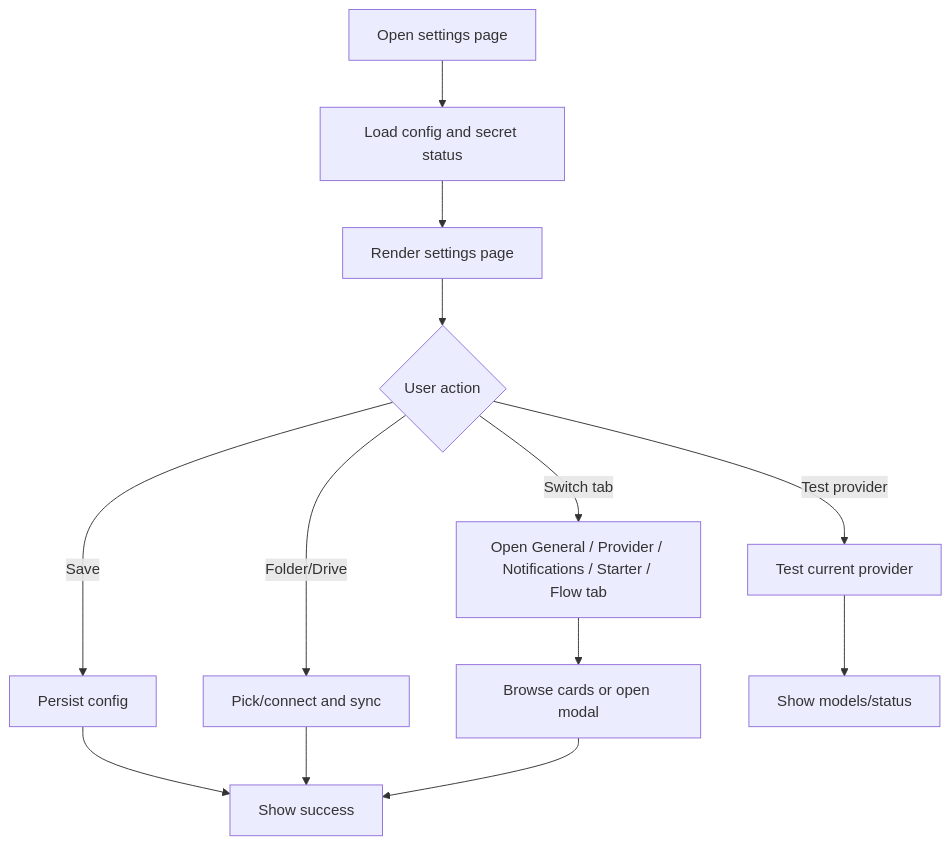
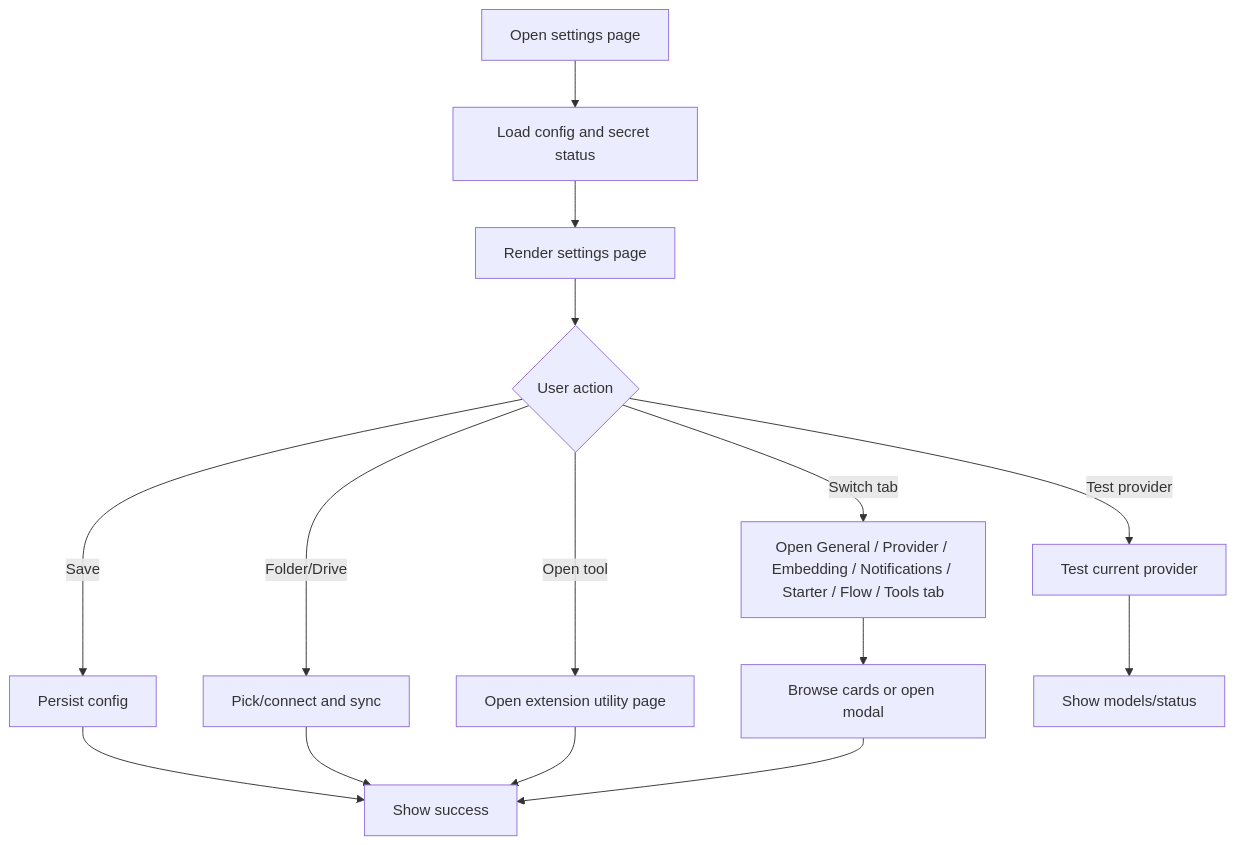
Before and after one commit to wilsondenq879/Open_Copilot: the diagram in spec/settings-and-provider-config.md, drawn with Mermaid. The commit also changed other lines of this file and 6 other files, not shown here.

````diff
--- a/spec/settings-and-provider-config.md
+++ b/spec/settings-and-provider-config.md
@@ -367,15 +445,17 @@
 ```mermaid
 flowchart TD
   A[Open settings page] --> B[Load config and secret status]
   B --> C[Render settings page]
   C --> D{User action}
   D -- Save --> E[Persist config]
   D -- Test provider --> F[Test current provider]
-  D -- Switch tab --> G[Open General / Provider / Notifications / Starter / Flow tab]
+  D -- Switch tab --> G[Open General / Provider / Embedding / Notifications / Starter / Flow / Tools tab]
   D -- Folder/Drive --> H[Pick/connect and sync]
+  D -- Open tool --> I[Open extension utility page]
   G --> J[Browse cards or open modal]
   E --> L[Show success]
   F --> M[Show models/status]
   H --> L
+  I --> L
   J --> L
 ```
````
